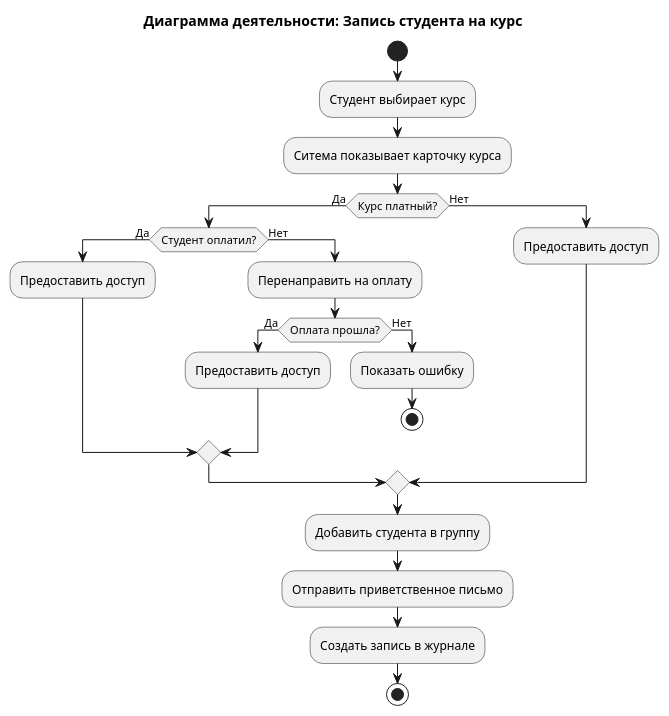
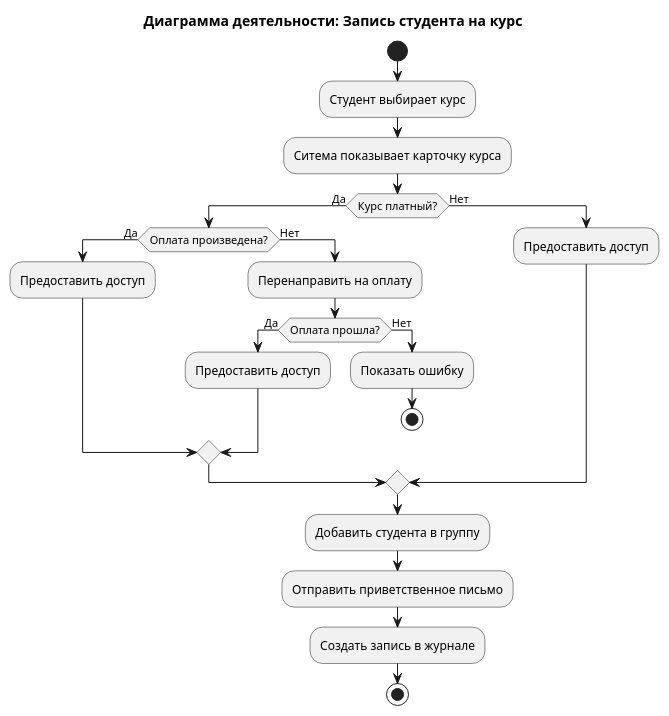
Before and after one commit to mdnmek/uml-projects: the diagram in online-school-uml/activity/activity-diagram.puml, drawn with PlantUML. The commit also changed 6 other files, not shown here.

Commit message:
Внесены изменения в use case и activity, добавлена диаграмма классов (class)

```diff
--- a/online-school-uml/activity/activity-diagram.puml
+++ b/online-school-uml/activity/activity-diagram.puml
@@ -1,29 +1,29 @@
 @startuml 
 title Диаграмма деятельности: Запись студента на курс
 
 start
 :Студент выбирает курс;
 :Ситема показывает карточку курса;
 
 if (Курс платный?) then (Да)
-    if (Студент оплатил?) then (Да)
+    if (Оплата произведена?) then (Да)
         :Предоставить доступ;
     else (Нет)
         :Перенаправить на оплату;
         if (Оплата прошла?) then (Да)
             :Предоставить доступ;
         else (Нет)
             :Показать ошибку;
             stop
         endif
     endif
 else (Нет)
     :Предоставить доступ;
 endif
 
 :Добавить студента в группу;
 :Отправить приветственное письмо;
 :Создать запись в журнале;
 
 stop
 @enduml
```
